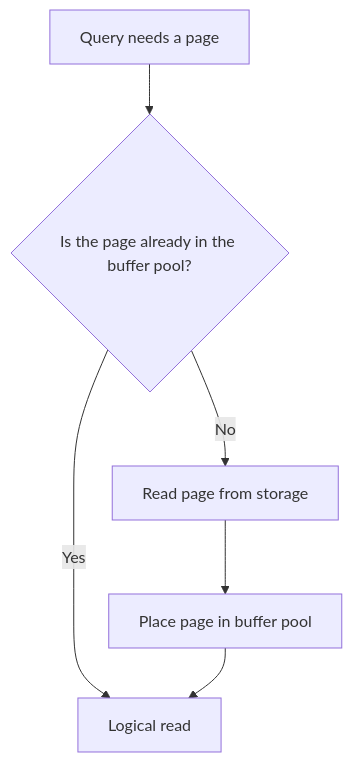
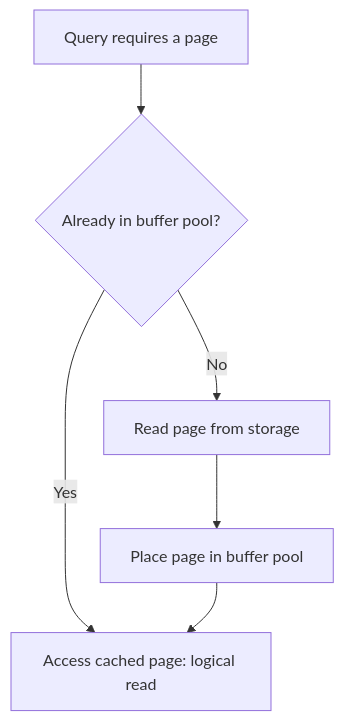
The sixth of 11 diagrams in labs/lab05-physical-storage.md (tjovic/database-design-labs-public), drawn with Mermaid before and after one commit. The commit also changed other lines of this file, not shown here.

````diff
--- a/labs/lab05-physical-storage.md
+++ b/labs/lab05-physical-storage.md
@@ -409,8 +344,8 @@
 ```mermaid
 flowchart TD
-    A[Query needs a page] --> B{Is the page already in the buffer pool?}
-    B -->|Yes| C[Logical read]
+    A[Query requires a page] --> B{Already in buffer pool?}
+    B -->|Yes| C[Access cached page: logical read]
     B -->|No| D[Read page from storage]
     D --> E[Place page in buffer pool]
     E --> C
 ```
````
